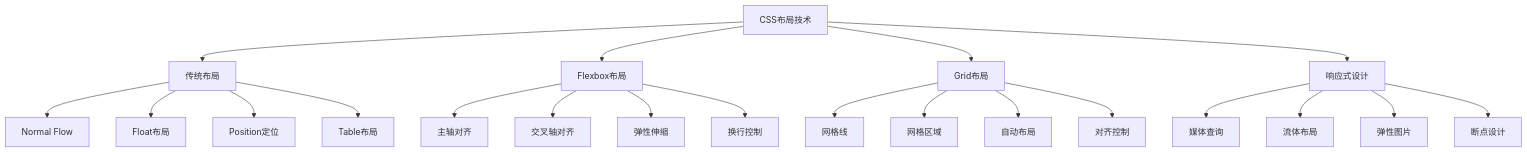
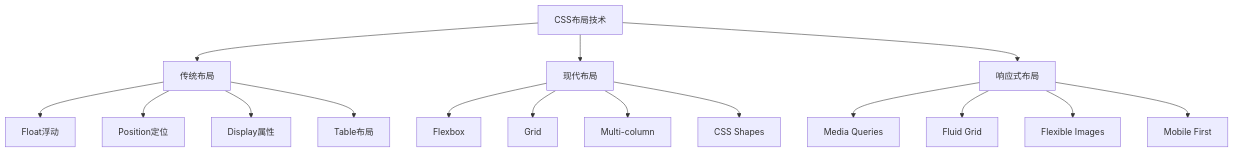
Before and after one commit to ming-xwolf/IQB: the diagram in questions/frontend/css-layout.md, drawn with Mermaid. The commit also changed other lines of this file and 6 other files, not shown here.

Commit message:
feat: 完善frontend面试题库 - 新增浏览器API、代码质量、性能监控、Vue基础等核心内容，包含Mermaid图表和分级难度，提供全面的前端面试知识体系

````diff
--- a/questions/frontend/css-layout.md
+++ b/questions/frontend/css-layout.md
@@ -14,27 +14,21 @@
 ```mermaid
 graph TD
     A[CSS布局技术] --> B[传统布局]
-    A --> C[Flexbox布局]
-    A --> D[Grid布局]
-    A --> E[响应式设计]
+    A --> C[现代布局]
+    A --> D[响应式布局]
     
-    B --> B1[Normal Flow]
-    B --> B2[Float布局]
-    B --> B3[Position定位]
+    B --> B1[Float浮动]
+    B --> B2[Position定位]
+    B --> B3[Display属性]
     B --> B4[Table布局]
     
-    C --> C1[主轴对齐]
-    C --> C2[交叉轴对齐]
-    C --> C3[弹性伸缩]
-    C --> C4[换行控制]
+    C --> C1[Flexbox]
+    C --> C2[Grid]
+    C --> C3[Multi-column]
+    C --> C4[CSS Shapes]
     
-    D --> D1[网格线]
-    D --> D2[网格区域]
-    D --> D3[自动布局]
-    D --> D4[对齐控制]
-    
-    E --> E1[媒体查询]
-    E --> E2[流体布局]
-    E --> E3[弹性图片]
-    E --> E4[断点设计]
+    D --> D1[Media Queries]
+    D --> D2[Fluid Grid]
+    D --> D3[Flexible Images]
+    D --> D4[Mobile First]
 ```
````
